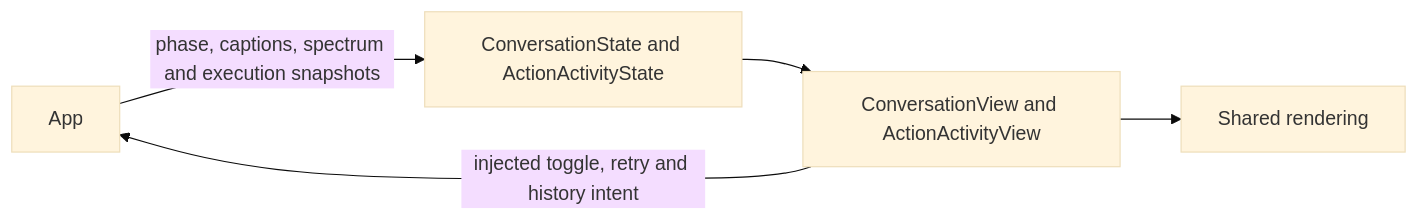
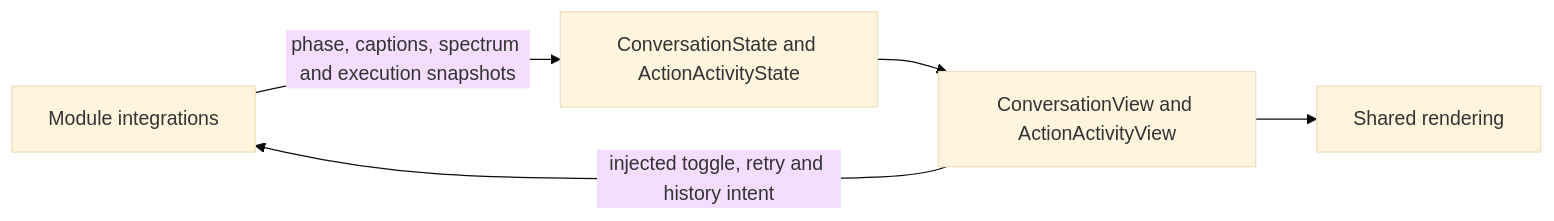
Before and after one commit to devilyouwei/MobileHarness: the diagram in MobileHarness/UI/Conversation/README.md, drawn with Mermaid (base theme). The commit also changed other lines of this file and 254 other files, not shown here.

First line of the commit message:
refactor: isolate app composition and module bindings

````diff
--- a/MobileHarness/UI/Conversation/README.md
+++ b/MobileHarness/UI/Conversation/README.md
@@ -17,7 +17,8 @@
 ```mermaid
 flowchart LR
- App -->|phase, captions, spectrum and execution snapshots| State[ConversationState and ActionActivityState]
+ Bindings[Module integrations]
+ Bindings -->|phase, captions, spectrum and execution snapshots| State[ConversationState and ActionActivityState]
  State --> View[ConversationView and ActionActivityView]
- View -->|injected toggle, retry and history intent| App
+ View -->|injected toggle, retry and history intent| Bindings
  View --> Components[Shared rendering]
 ```
````
